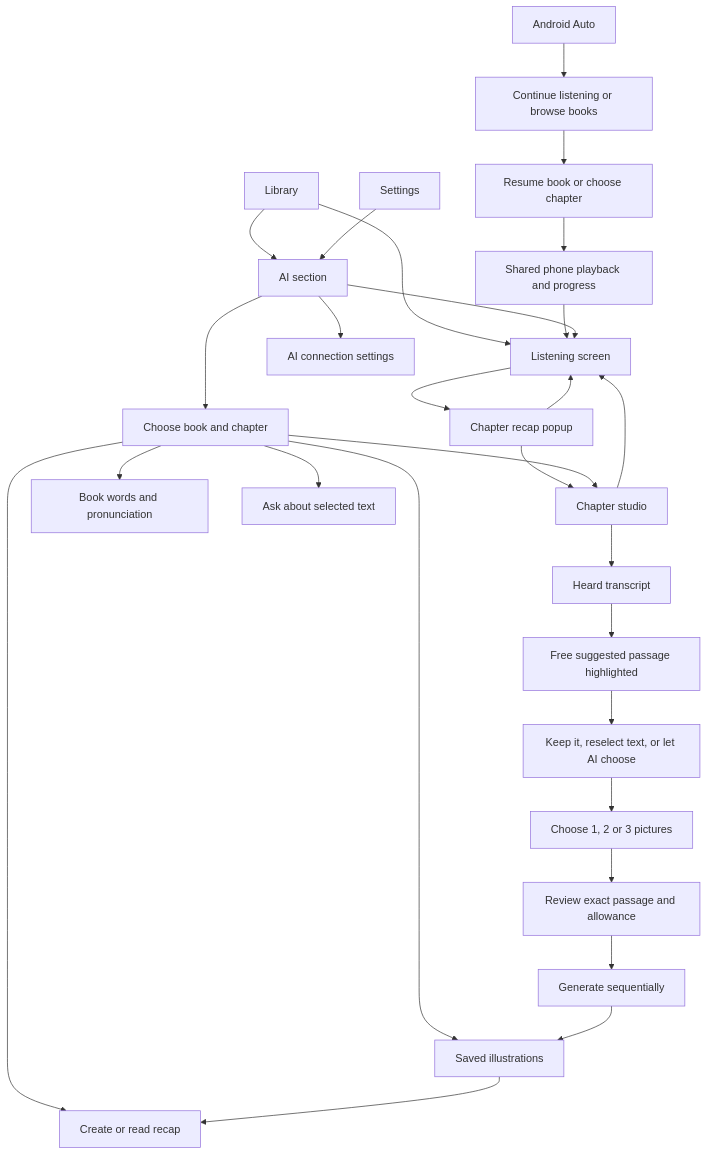
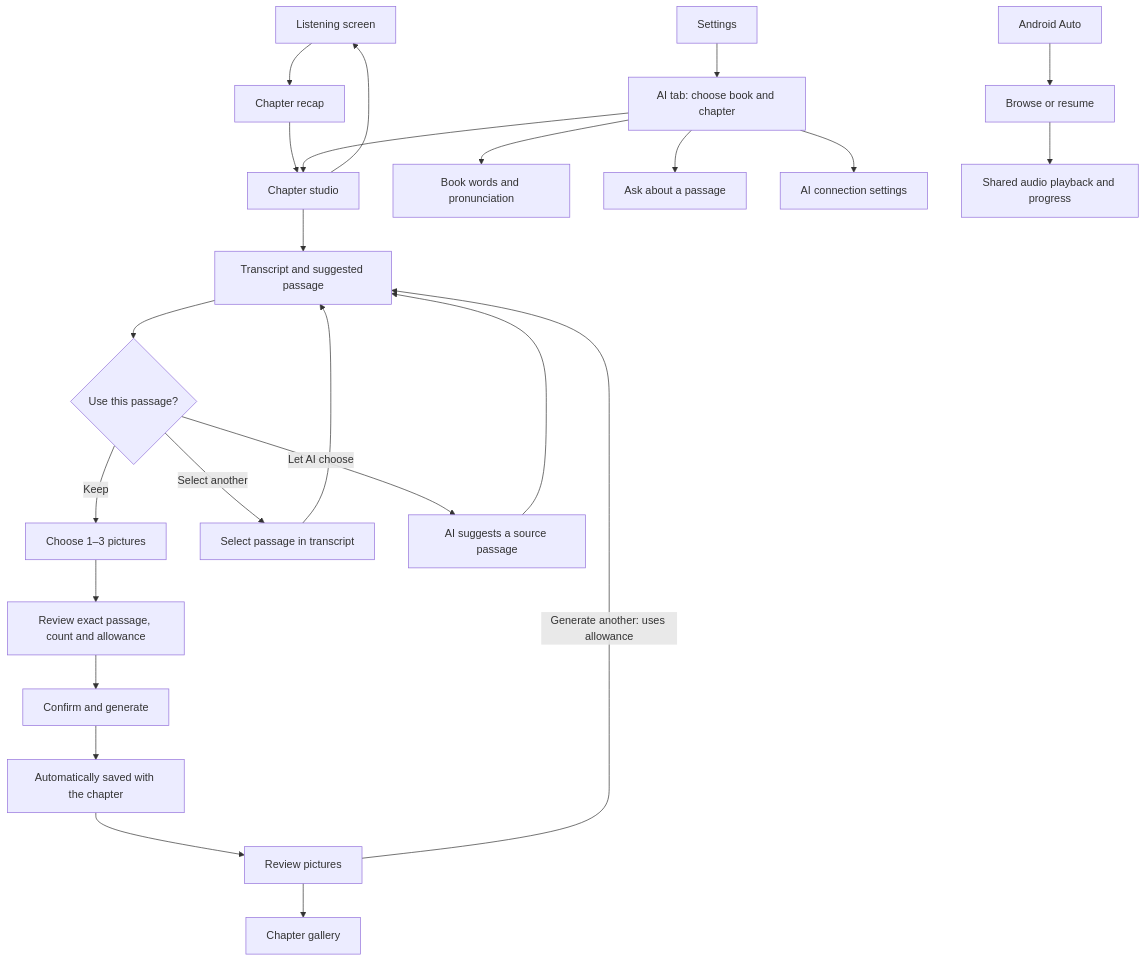
The diagram in docs/ai-user-flow.md (AdLgames/morrowaudio), drawn with Mermaid before and after one commit. The commit also changed other lines of this file and 8 other files, not shown here.

Commit message:
Guide illustration creation through passage choice, cost review and automatically saved previews

````diff
--- a/docs/ai-user-flow.md
+++ b/docs/ai-user-flow.md
@@ -5,30 +5,26 @@
 ```mermaid
 flowchart TD
-    Library --> Listening[Listening screen]
-    Auto[Android Auto] --> Continue[Continue listening or browse books]
-    Continue --> CarChapter[Resume book or choose chapter]
-    CarChapter --> Shared[Shared phone playback and progress]
-    Shared --> Listening
-    Library --> AI[AI section]
+    L[Listening screen] --> R[Chapter recap]
+    R --> S[Chapter studio]
+    AI[AI tab: choose book and chapter] --> S
     Settings --> AI
-    Listening --> Popup[Chapter recap popup]
-    Popup --> Studio[Chapter studio]
-    Popup --> Listening
-    AI --> Book[Choose book and chapter]
-    Book --> Recaps[Create or read recap]
-    Book --> Studio
-    Book --> Saved[Saved illustrations]
-    Book --> Words[Book words and pronunciation]
-    Book --> Ask[Ask about selected text]
+    S --> T[Transcript and suggested passage]
+    T --> P{Use this passage?}
+    P -->|Keep| N[Choose 1–3 pictures]
+    P -->|Select another| M[Select passage in transcript]
+    P -->|Let AI choose| A[AI suggests a source passage]
+    M --> T
+    A --> T
+    N --> Q[Review exact passage, count and allowance]
+    Q --> G[Confirm and generate]
+    G --> Saved[Automatically saved with the chapter]
+    Saved --> V[Review pictures]
+    V --> C[Chapter gallery]
+    V -->|Generate another: uses allowance| T
+    AI --> Words[Book words and pronunciation]
+    AI --> Ask[Ask about a passage]
     AI --> Connection[AI connection settings]
-    Studio --> Transcript[Heard transcript]
-    Transcript --> Suggestion[Free suggested passage highlighted]
-    Suggestion --> Choice[Keep it, reselect text, or let AI choose]
-    Choice --> Count[Choose 1, 2 or 3 pictures]
-    Count --> Review[Review exact passage and allowance]
-    Review --> Generate[Generate sequentially]
-    Generate --> Saved
-    Saved --> Recaps
-    Studio --> Listening
-    AI --> Listening
+    S --> L
+    Auto[Android Auto] --> B[Browse or resume]
+    B --> Play[Shared audio playback and progress]
 ```
````
